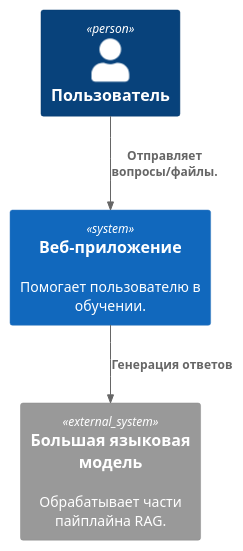
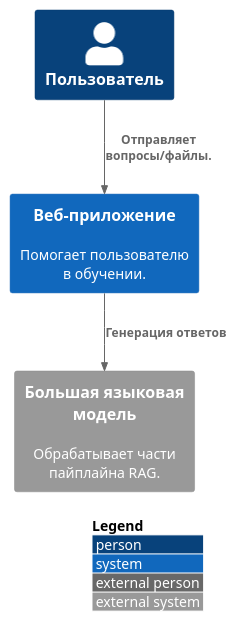
The diagram in diagrams/c1.puml (Syrenny/educ), drawn with PlantUML before and after one commit. The commit also changed 7 other files, not shown here.

Commit message:
docs: add c4 diagrams

```diff
--- a/diagrams/c1.puml
+++ b/diagrams/c1.puml
@@ -1,11 +1,15 @@
 @startuml
 !includeurl https://raw.githubusercontent.com/plantuml-stdlib/C4-PlantUML/master/C4_Context.puml
+
+skinparam wrapWidth 180
+LAYOUT_WITH_LEGEND()
+LAYOUT_TOP_DOWN()
 
 Person(client, "Пользователь")
 System(app, "Веб-приложение", "Помогает пользователю в обучении.")
 System_Ext(llm_api, "Большая языковая модель", "Обрабатывает части пайплайна RAG.")
 
 Rel(client, app, "Отправляет вопросы/файлы.")
 Rel(app, llm_api, "Генерация ответов")
 
 @enduml
```
